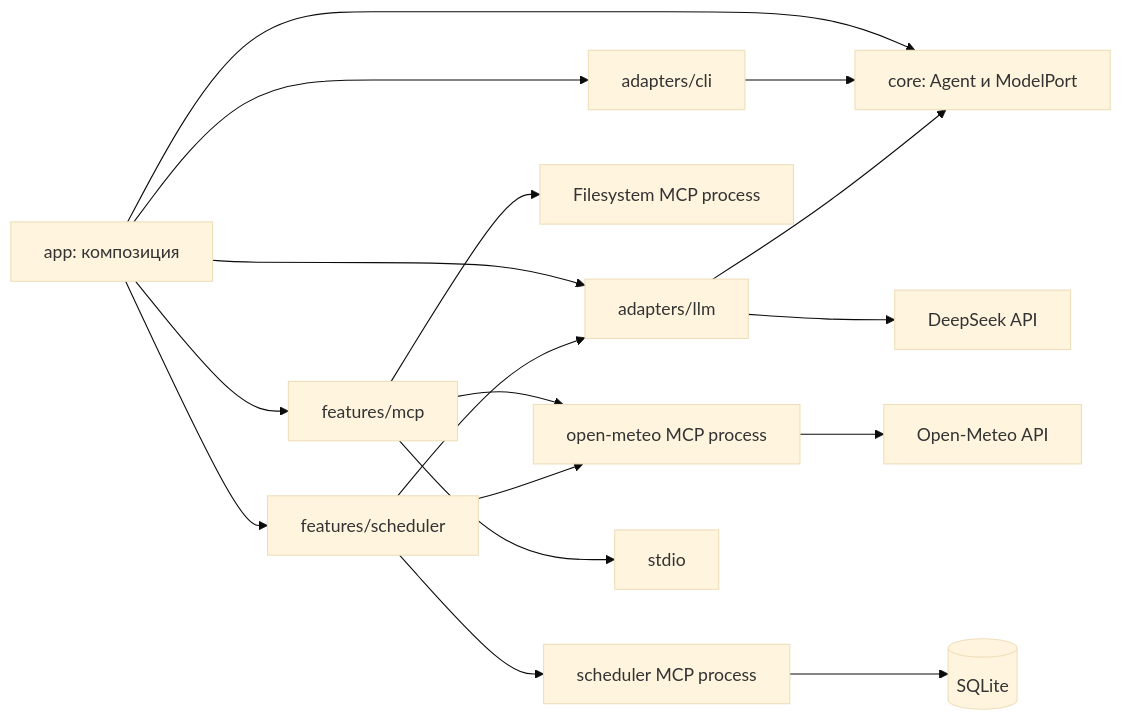
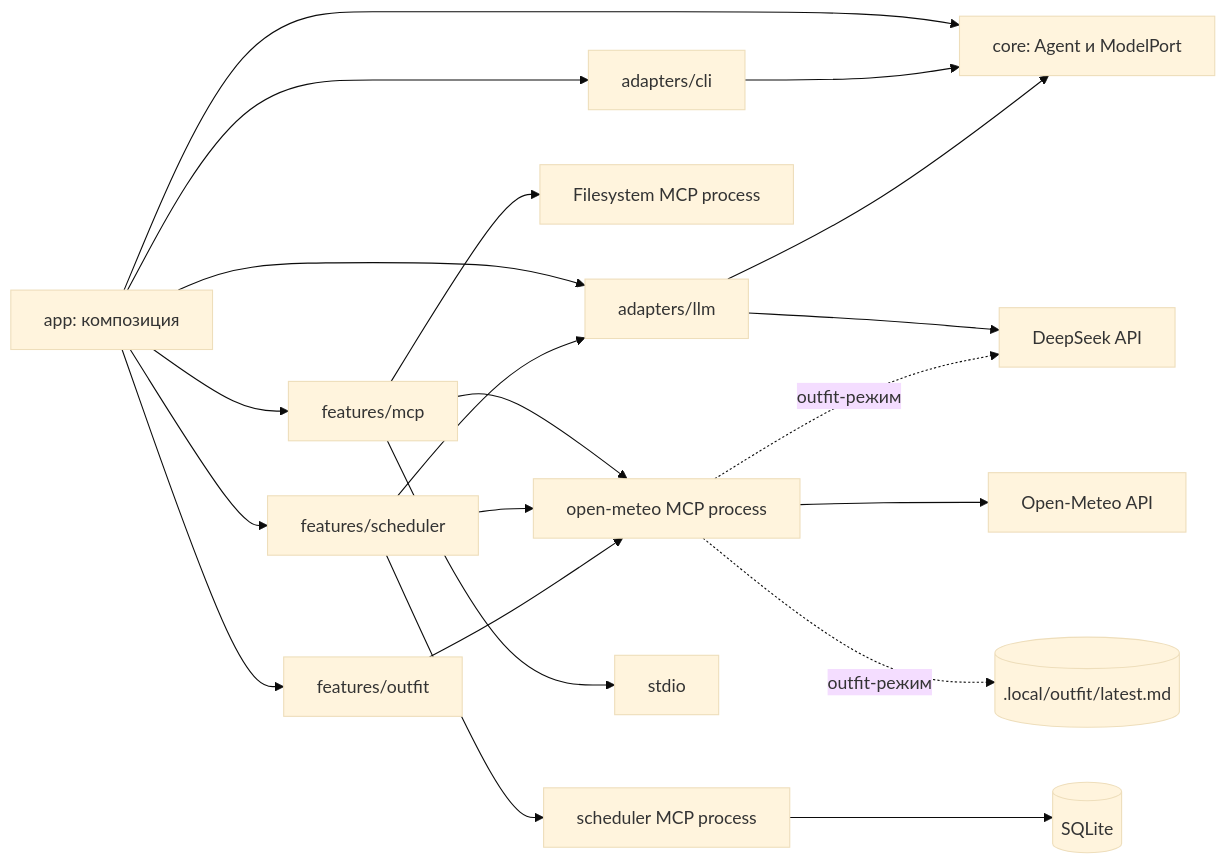
Before and after one commit to maxonmars/mcp-lab: the diagram in ARCHITECTURE.md, drawn with Mermaid (base theme). The commit also changed other lines of this file and 66 other files, not shown here.

````diff
--- a/ARCHITECTURE.md
+++ b/ARCHITECTURE.md
@@ -11,19 +11,23 @@
 ```mermaid
 flowchart LR
     App[app: композиция] --> Core[core: Agent и ModelPort]
     App --> CLI[adapters/cli]
     App --> LLM[adapters/llm]
     App --> MCP[features/mcp]
     App --> Sched[features/scheduler]
+    App --> Outfit[features/outfit]
     CLI --> Core
     LLM --> Core
     LLM --> DeepSeek[DeepSeek API]
     MCP --> Filesystem[Filesystem MCP process]
     MCP --> Weather[open-meteo MCP process]
     Sched --> Weather
     Sched --> SchedServer[scheduler MCP process]
     SchedServer --> SQLite[(SQLite)]
     Sched --> LLM
     MCP --> Stdio[stdio]
     Weather --> OpenMeteo[Open-Meteo API]
+    Outfit --> Weather
+    Weather -.outfit-режим.-> DeepSeek
+    Weather -.outfit-режим.-> LatestMd[(.local/outfit/latest.md)]
 ```
````
